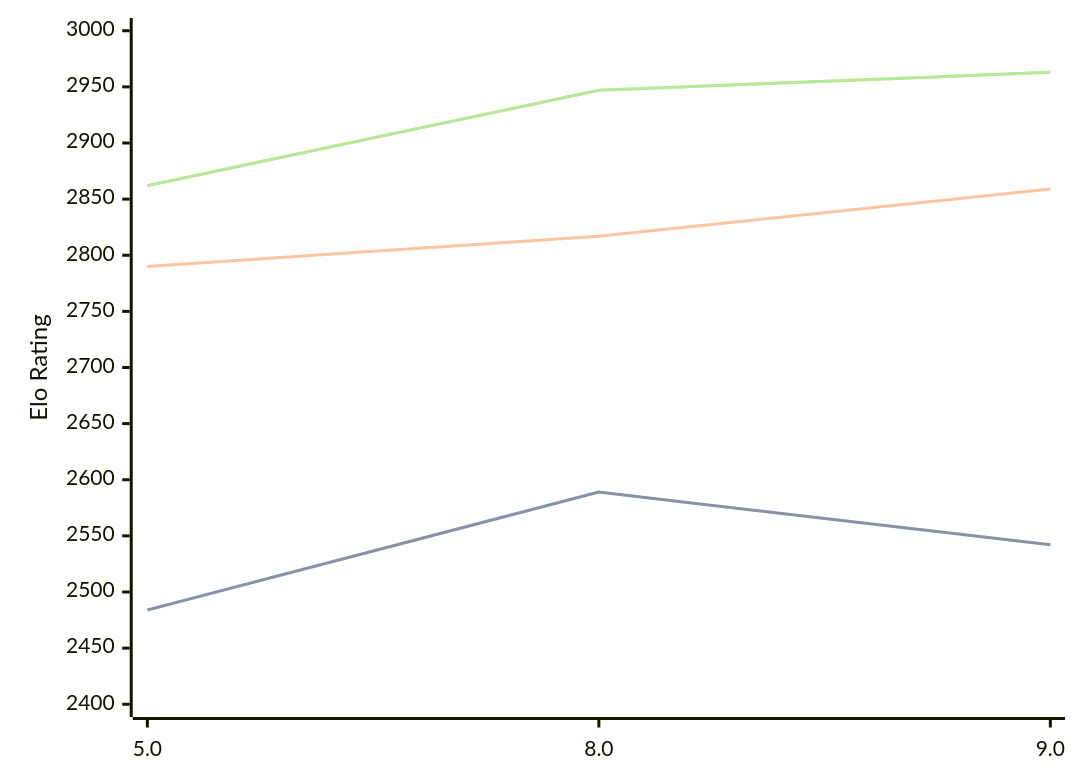
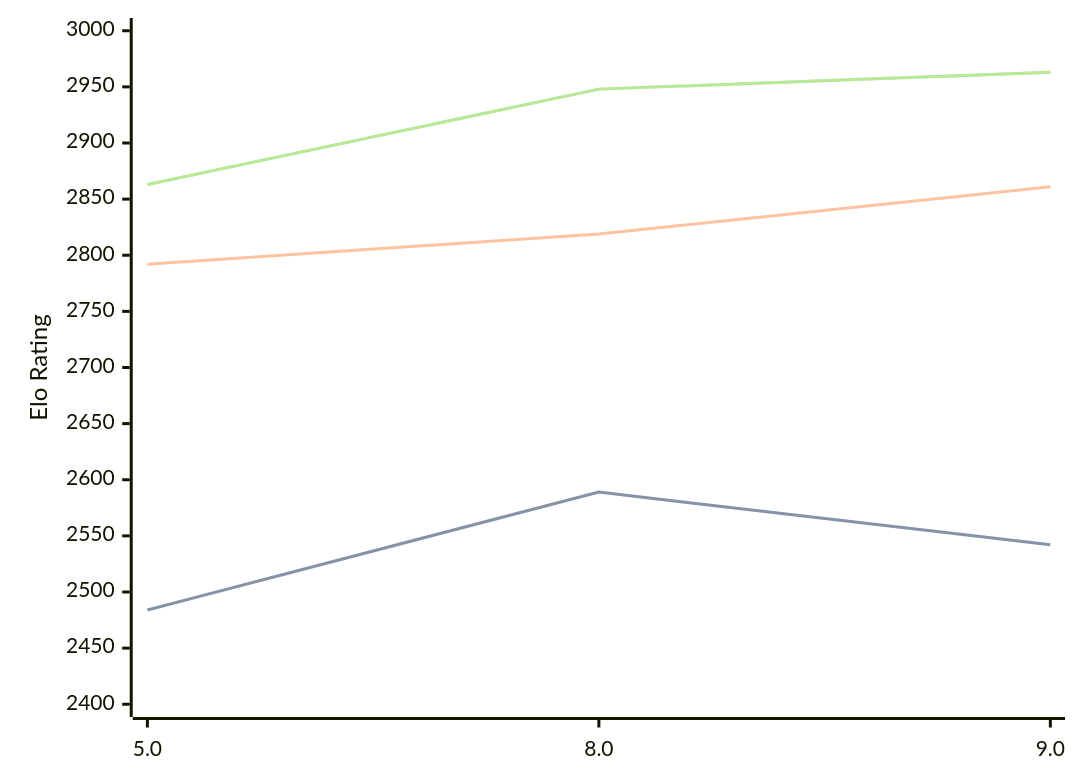
Before and after one commit to computer-chess-index/cci: the diagram in engines/4kc.md, drawn with Mermaid. The commit also changed other lines of this file, not shown here.

Commit message:
Update CCI Ratings (ELO VLTC) - 2026-09-16

````diff
--- a/engines/4kc.md
+++ b/engines/4kc.md
@@ -33,11 +33,11 @@
 ```mermaid
 %%{init: {"theme":"base","themeVariables":{"seriesColors:['#a3a3a3','#222221','#faa371']}}}%%
 xychart-beta
   x-axis ["5.0", "8.0", "9.0"]
   y-axis "Elo Rating" 2400 --> 3000
   line "" [2484, 2589, 2542]
   line "STC (8.0+0.08s)" [2484, 2589, 2542]
-  line "LTC (60.0+0.60s)" [2790, 2817, 2859]
-  line "" [2862, 2947, 2963]
-  line "VLTC (2m24s+1.12s)" [2862, 2947, 2963]
+  line "LTC (60.0+0.60s)" [2792, 2819, 2861]
+  line "" [2863, 2948, 2963]
+  line "VLTC (2m24s+1.12s)" [2863, 2948, 2963]
 ```
````
